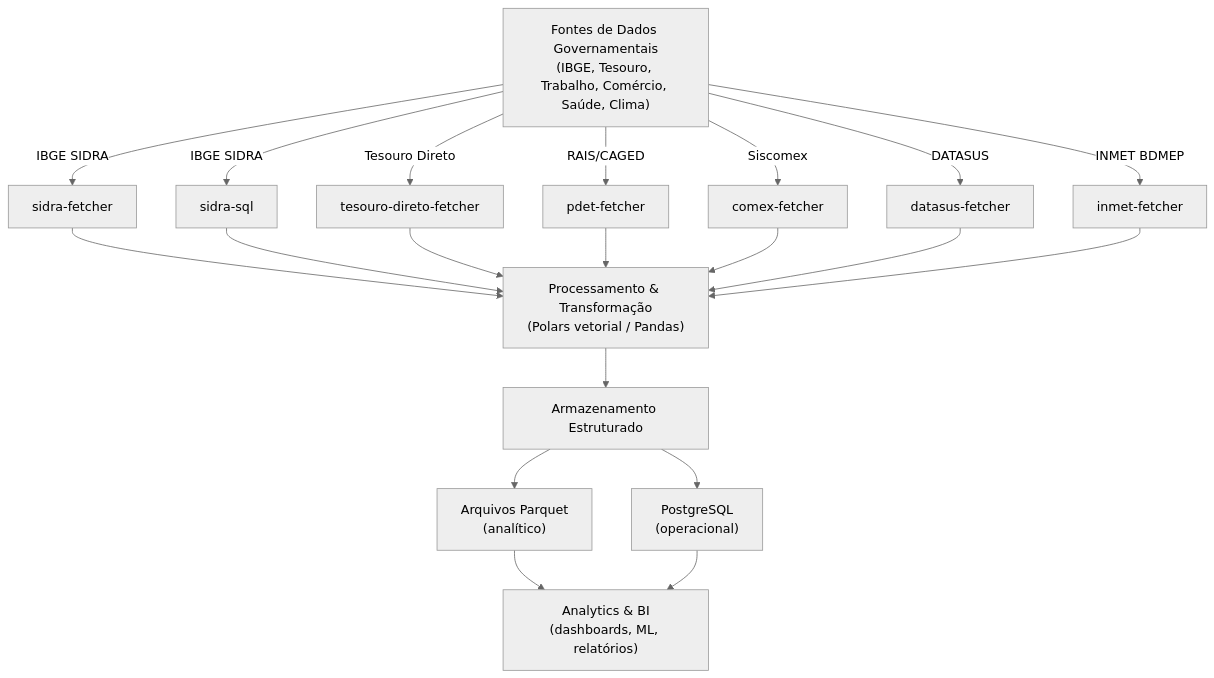
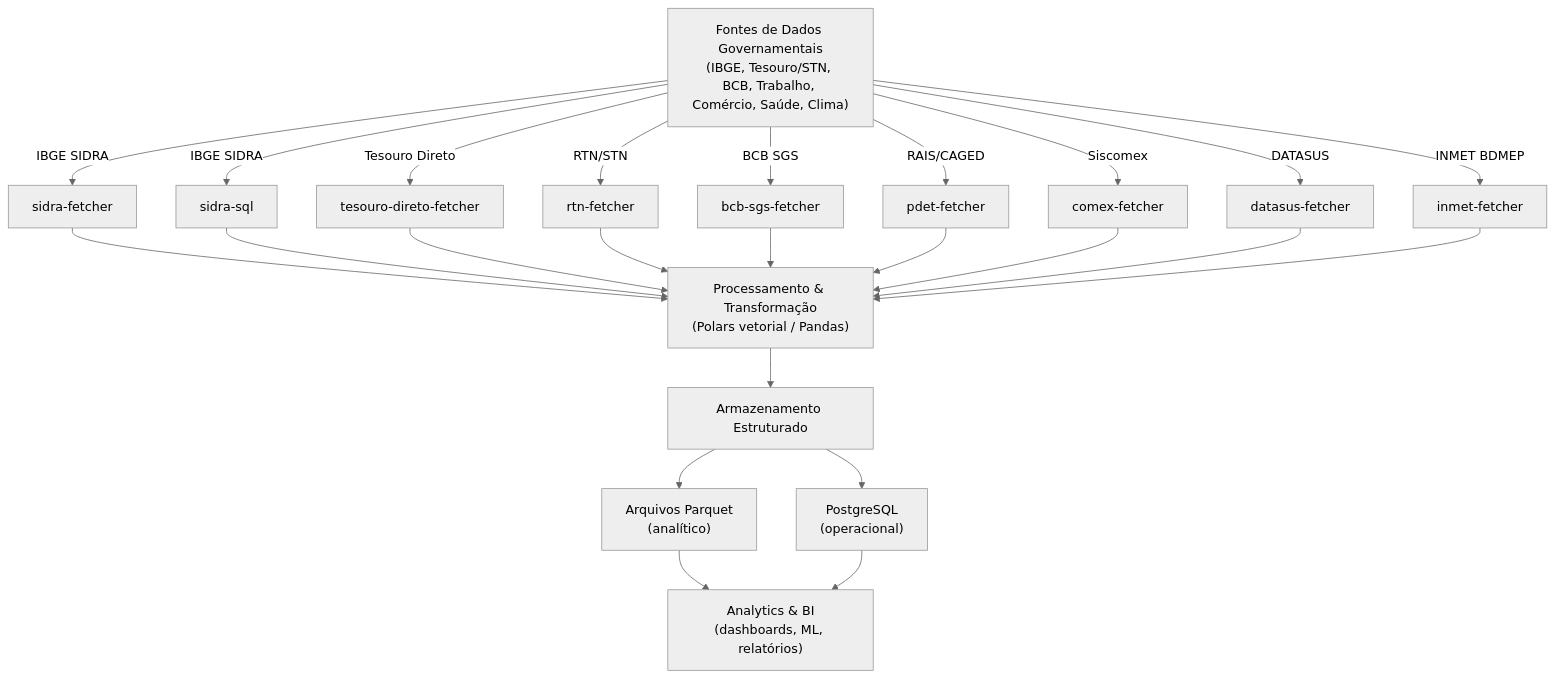
Before and after one commit to Quantilica/docs: the first of 6 diagrams in docs/concepts/arquitetura.md, drawn with Mermaid (neutral theme). The commit also changed other lines of this file, not shown here.

Commit message:
docs: incluir rtn-fetcher e bcb-sgs-fetcher na arquitetura do ecossistema
Dois fetchers eram omitidos do diagrama mermaid e das listas de ferramentas:
- rtn-fetcher (RTN/STN do Tesouro Nacional)
- bcb-sgs-fetcher (SGS do Banco Central)

Atualizações em concepts/arquitetura.md:
- Diagrama: adicionar Sources -->| arcos para RTN e BCB SGS
- Diagrama: conectar RTN e BCB ao Processing
- Tabela "Tipos de Pacotes": incluir bcb-sgs-fetcher como Client example
- Subtítulo "Extração": expandir lista de fetchers para 8

````diff
--- a/docs/concepts/arquitetura.md
+++ b/docs/concepts/arquitetura.md
@@ -7,27 +7,31 @@
 ```mermaid
 graph TD
-    Sources["Fontes de Dados Governamentais<br/>(IBGE, Tesouro, Trabalho, Comércio, Saúde, Clima)"]
+    Sources["Fontes de Dados Governamentais<br/>(IBGE, Tesouro/STN, BCB, Trabalho, Comércio, Saúde, Clima)"]
 
     Sources -->|IBGE SIDRA| SF["sidra-fetcher"]
     Sources -->|IBGE SIDRA| SQL["sidra-sql"]
     Sources -->|Tesouro Direto| TD["tesouro-direto-fetcher"]
+    Sources -->|RTN/STN| RTN["rtn-fetcher"]
+    Sources -->|BCB SGS| BCB["bcb-sgs-fetcher"]
     Sources -->|RAIS/CAGED| PD["pdet-fetcher"]
     Sources -->|Siscomex| CX["comex-fetcher"]
     Sources -->|DATASUS| DS["datasus-fetcher"]
     Sources -->|INMET BDMEP| IN["inmet-fetcher"]
 
     SF --> Processing["Processamento & Transformação<br/>(Polars vetorial / Pandas)"]
     SQL --> Processing
     TD --> Processing
+    RTN --> Processing
+    BCB --> Processing
     PD --> Processing
     CX --> Processing
     DS --> Processing
     IN --> Processing
 
     Processing --> Storage["Armazenamento Estruturado"]
     Storage --> PQ["Arquivos Parquet<br/>(analítico)"]
     Storage --> PG["PostgreSQL<br/>(operacional)"]
 
     PQ --> Analytics["Analytics & BI<br/>(dashboards, ML, relatórios)"]
     PG --> Analytics
 ```
````
